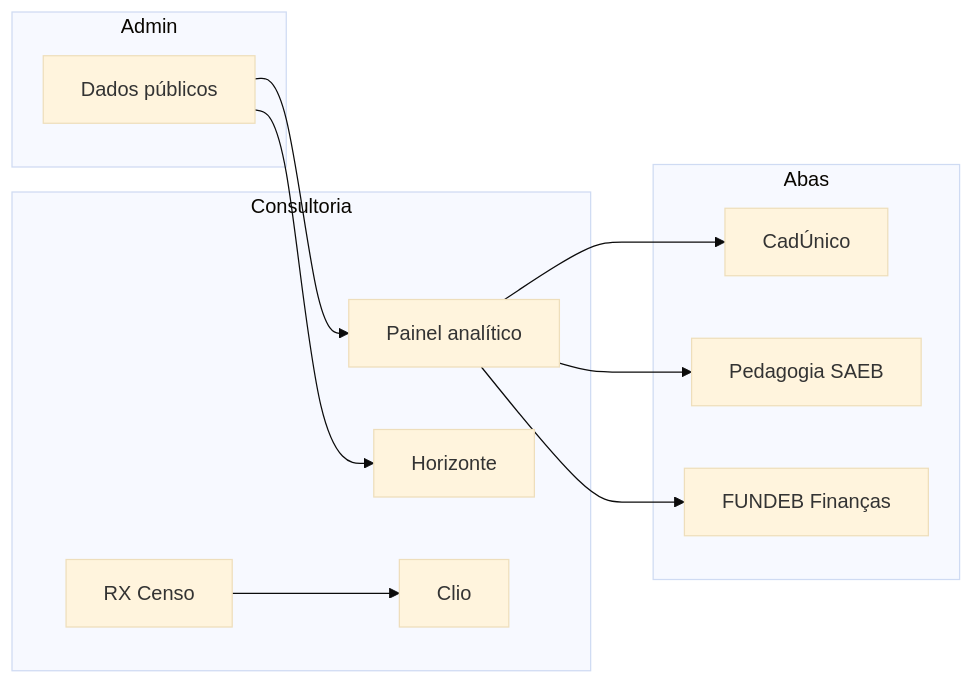
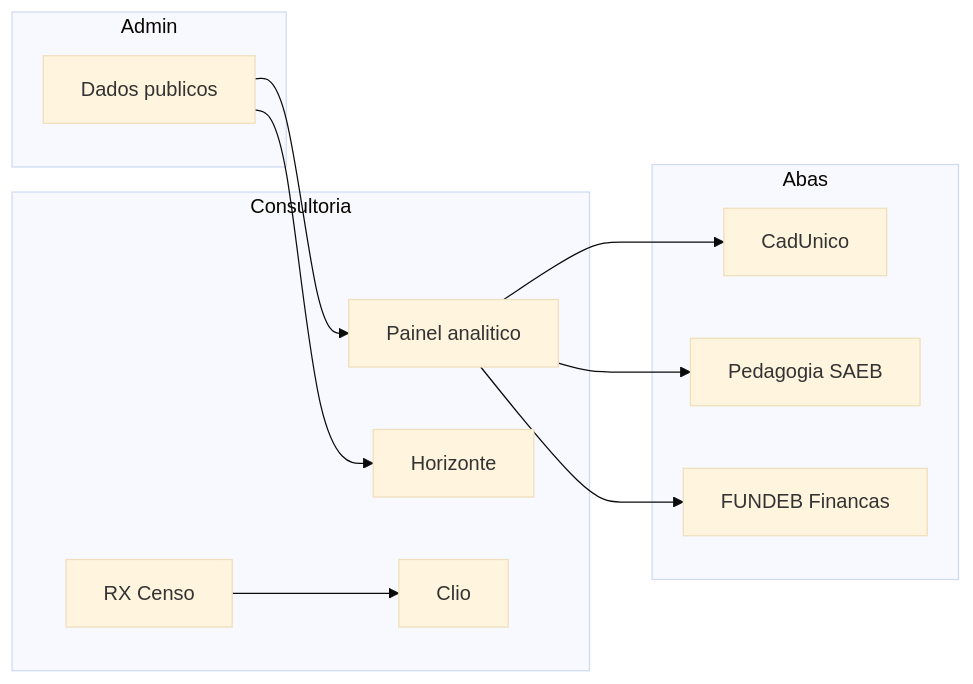
Before and after one commit to JaderGabriel/serventec-servlitcys: the diagram in docs/modulos/README.md, drawn with Mermaid (base theme). The commit also changed other lines of this file and 73 other files, not shown here.

First line of the commit message:
feat: Canteiro completo e padronização ROADMAP_* no leitor

````diff
--- a/docs/modulos/README.md
+++ b/docs/modulos/README.md
@@ -24,23 +24,23 @@
 ```mermaid
 flowchart LR
     subgraph Consultoria
-        A[Painel analítico]
+        A[Painel analitico]
         H[Horizonte]
         R[RX Censo]
         L[Clio]
     end
     subgraph Abas
-        C[CadÚnico]
+        C[CadUnico]
         P[Pedagogia SAEB]
-        F[FUNDEB Finanças]
+        F[FUNDEB Financas]
     end
     subgraph Admin
-        D[Dados públicos]
+        D[Dados publicos]
     end
     A --> C
     A --> P
     A --> F
     R --> L
     D --> A
     D --> H
 ```
````
